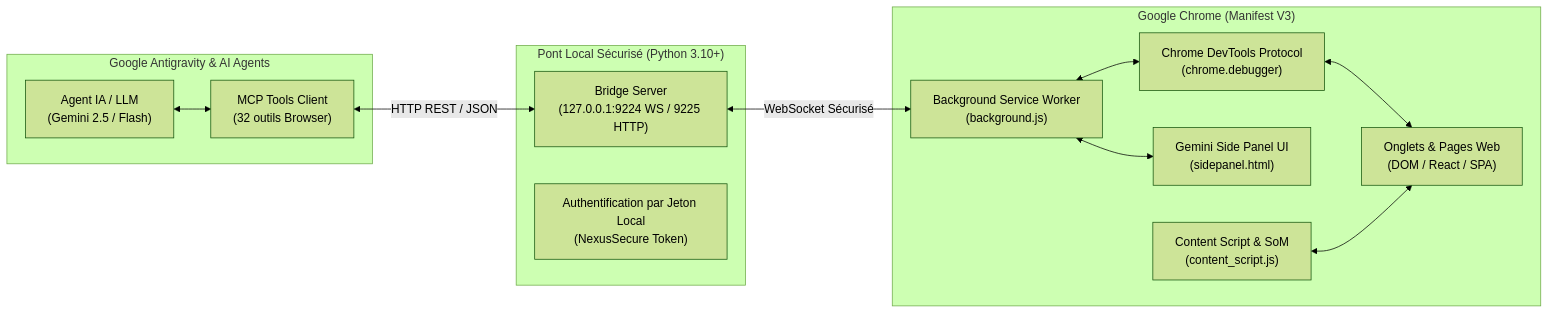
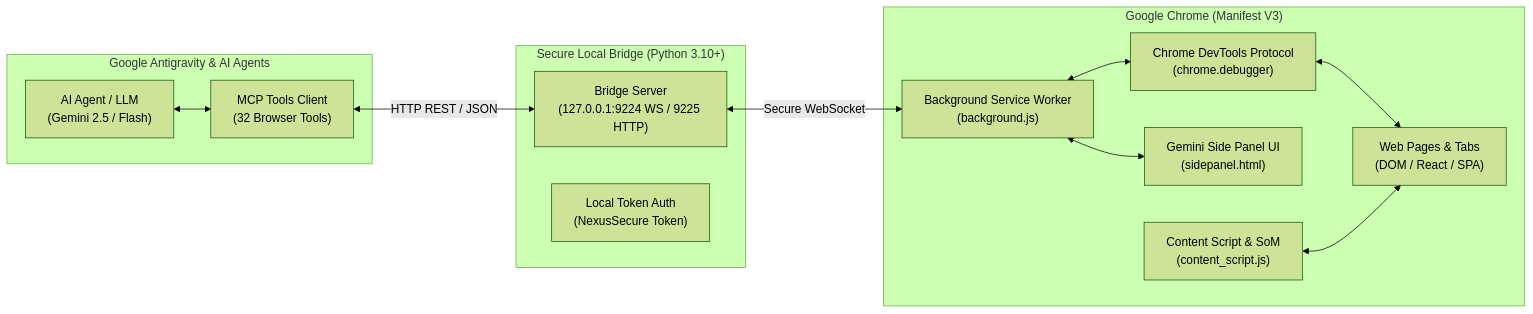
Before and after one commit to pironjulien/NexusBrowser: the diagram in README.md, drawn with Mermaid (forest theme). The commit also changed other lines of this file, not shown here.

````diff
--- a/README.md
+++ b/README.md
@@ -70,28 +70,28 @@
 ```mermaid
 flowchart LR
     subgraph Antigravity["Google Antigravity & AI Agents"]
-        Agent["Agent IA / LLM\n(Gemini 2.5 / Flash)"]
-        MCP["MCP Tools Client\n(32 outils Browser)"]
+        Agent["AI Agent / LLM\n(Gemini 2.5 / Flash)"]
+        MCP["MCP Tools Client\n(32 Browser Tools)"]
     end
 
-    subgraph Bridge["Pont Local Sécurisé (Python 3.10+)"]
+    subgraph Bridge["Secure Local Bridge (Python 3.10+)"]
         Server["Bridge Server\n(127.0.0.1:9224 WS / 9225 HTTP)"]
-        TokenAuth["Authentification par Jeton Local\n(NexusSecure Token)"]
+        TokenAuth["Local Token Auth\n(NexusSecure Token)"]
     end
 
     subgraph Chrome["Google Chrome (Manifest V3)"]
         SW["Background Service Worker\n(background.js)"]
         CDP["Chrome DevTools Protocol\n(chrome.debugger)"]
         SidePanel["Gemini Side Panel UI\n(sidepanel.html)"]
         ContentScript["Content Script & SoM\n(content_script.js)"]
-        Tabs["Onglets & Pages Web\n(DOM / React / SPA)"]
+        Tabs["Web Pages & Tabs\n(DOM / React / SPA)"]
     end
 
     Agent <--> MCP
     MCP <-->|HTTP REST / JSON| Server
-    Server <-->|WebSocket Sécurisé| SW
+    Server <-->|Secure WebSocket| SW
     SW <--> CDP
     SW <--> SidePanel
     CDP <--> Tabs
     ContentScript <--> Tabs
 ```
````
